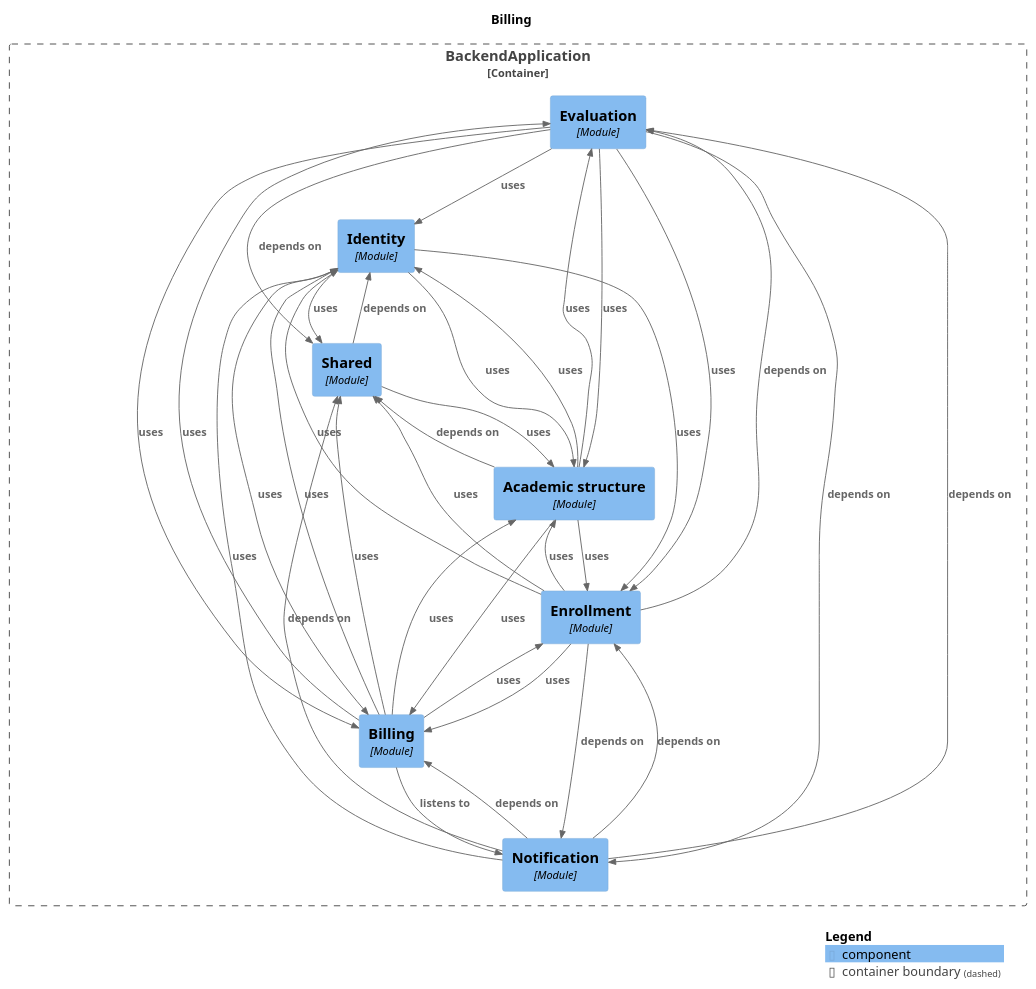
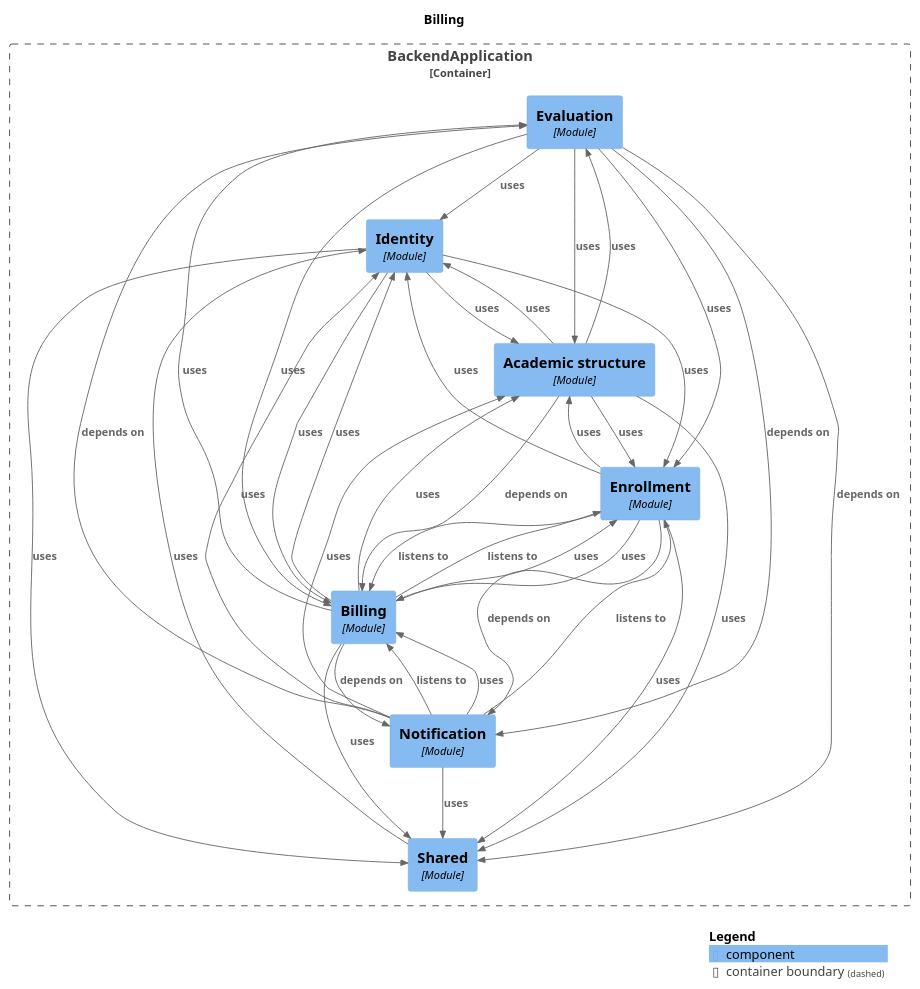
Before and after one commit to Gabriel030/agustina-bermejo-app: the diagram in docs/architecture/module-billing.puml, drawn with PlantUML. The commit also changed 21 other files, not shown here.

Commit message:
docs(architecture): regenera diagramas Modulith (M3a, billing v2) y corrige comando en README

```diff
--- a/docs/architecture/module-billing.puml
+++ b/docs/architecture/module-billing.puml
@@ -1,57 +1,59 @@
 @startuml
 set separator none
 title Billing
 
 top to bottom direction
 
 !include <C4/C4>
 !include <C4/C4_Context>
 !include <C4/C4_Component>
 
 Container_Boundary("BackendApplication.BackendApplication_boundary", "BackendApplication", $tags="") {
   Component(BackendApplication.BackendApplication.Evaluation, "Evaluation", $techn="Module", $descr="", $tags="", $link="")
   Component(BackendApplication.BackendApplication.Identity, "Identity", $techn="Module", $descr="", $tags="", $link="")
   Component(BackendApplication.BackendApplication.Notification, "Notification", $techn="Module", $descr="", $tags="", $link="")
   Component(BackendApplication.BackendApplication.Shared, "Shared", $techn="Module", $descr="", $tags="", $link="")
   Component(BackendApplication.BackendApplication.Academicstructure, "Academic structure", $techn="Module", $descr="", $tags="", $link="")
   Component(BackendApplication.BackendApplication.Billing, "Billing", $techn="Module", $descr="", $tags="", $link="")
   Component(BackendApplication.BackendApplication.Enrollment, "Enrollment", $techn="Module", $descr="", $tags="", $link="")
 }
 
-Rel(BackendApplication.BackendApplication.Academicstructure, BackendApplication.BackendApplication.Billing, "uses", $techn="", $tags="", $link="")
+Rel(BackendApplication.BackendApplication.Academicstructure, BackendApplication.BackendApplication.Billing, "depends on", $techn="", $tags="", $link="")
 Rel(BackendApplication.BackendApplication.Academicstructure, BackendApplication.BackendApplication.Enrollment, "uses", $techn="", $tags="", $link="")
 Rel(BackendApplication.BackendApplication.Academicstructure, BackendApplication.BackendApplication.Evaluation, "uses", $techn="", $tags="", $link="")
 Rel(BackendApplication.BackendApplication.Academicstructure, BackendApplication.BackendApplication.Identity, "uses", $techn="", $tags="", $link="")
-Rel(BackendApplication.BackendApplication.Academicstructure, BackendApplication.BackendApplication.Shared, "depends on", $techn="", $tags="", $link="")
+Rel(BackendApplication.BackendApplication.Academicstructure, BackendApplication.BackendApplication.Shared, "uses", $techn="", $tags="", $link="")
 Rel(BackendApplication.BackendApplication.Billing, BackendApplication.BackendApplication.Academicstructure, "uses", $techn="", $tags="", $link="")
+Rel(BackendApplication.BackendApplication.Billing, BackendApplication.BackendApplication.Enrollment, "listens to", $techn="", $tags="", $link="")
 Rel(BackendApplication.BackendApplication.Billing, BackendApplication.BackendApplication.Enrollment, "uses", $techn="", $tags="", $link="")
 Rel(BackendApplication.BackendApplication.Billing, BackendApplication.BackendApplication.Evaluation, "uses", $techn="", $tags="", $link="")
 Rel(BackendApplication.BackendApplication.Billing, BackendApplication.BackendApplication.Identity, "uses", $techn="", $tags="", $link="")
-Rel(BackendApplication.BackendApplication.Billing, BackendApplication.BackendApplication.Notification, "listens to", $techn="", $tags="", $link="")
+Rel(BackendApplication.BackendApplication.Billing, BackendApplication.BackendApplication.Notification, "depends on", $techn="", $tags="", $link="")
 Rel(BackendApplication.BackendApplication.Billing, BackendApplication.BackendApplication.Shared, "uses", $techn="", $tags="", $link="")
 Rel(BackendApplication.BackendApplication.Enrollment, BackendApplication.BackendApplication.Academicstructure, "uses", $techn="", $tags="", $link="")
+Rel(BackendApplication.BackendApplication.Enrollment, BackendApplication.BackendApplication.Billing, "listens to", $techn="", $tags="", $link="")
 Rel(BackendApplication.BackendApplication.Enrollment, BackendApplication.BackendApplication.Billing, "uses", $techn="", $tags="", $link="")
-Rel(BackendApplication.BackendApplication.Enrollment, BackendApplication.BackendApplication.Evaluation, "depends on", $techn="", $tags="", $link="")
 Rel(BackendApplication.BackendApplication.Enrollment, BackendApplication.BackendApplication.Identity, "uses", $techn="", $tags="", $link="")
 Rel(BackendApplication.BackendApplication.Enrollment, BackendApplication.BackendApplication.Notification, "depends on", $techn="", $tags="", $link="")
 Rel(BackendApplication.BackendApplication.Enrollment, BackendApplication.BackendApplication.Shared, "uses", $techn="", $tags="", $link="")
 Rel(BackendApplication.BackendApplication.Evaluation, BackendApplication.BackendApplication.Academicstructure, "uses", $techn="", $tags="", $link="")
 Rel(BackendApplication.BackendApplication.Evaluation, BackendApplication.BackendApplication.Billing, "uses", $techn="", $tags="", $link="")
 Rel(BackendApplication.BackendApplication.Evaluation, BackendApplication.BackendApplication.Enrollment, "uses", $techn="", $tags="", $link="")
 Rel(BackendApplication.BackendApplication.Evaluation, BackendApplication.BackendApplication.Identity, "uses", $techn="", $tags="", $link="")
 Rel(BackendApplication.BackendApplication.Evaluation, BackendApplication.BackendApplication.Notification, "depends on", $techn="", $tags="", $link="")
 Rel(BackendApplication.BackendApplication.Evaluation, BackendApplication.BackendApplication.Shared, "depends on", $techn="", $tags="", $link="")
 Rel(BackendApplication.BackendApplication.Identity, BackendApplication.BackendApplication.Academicstructure, "uses", $techn="", $tags="", $link="")
 Rel(BackendApplication.BackendApplication.Identity, BackendApplication.BackendApplication.Billing, "uses", $techn="", $tags="", $link="")
 Rel(BackendApplication.BackendApplication.Identity, BackendApplication.BackendApplication.Enrollment, "uses", $techn="", $tags="", $link="")
 Rel(BackendApplication.BackendApplication.Identity, BackendApplication.BackendApplication.Shared, "uses", $techn="", $tags="", $link="")
-Rel(BackendApplication.BackendApplication.Notification, BackendApplication.BackendApplication.Billing, "depends on", $techn="", $tags="", $link="")
-Rel(BackendApplication.BackendApplication.Notification, BackendApplication.BackendApplication.Enrollment, "depends on", $techn="", $tags="", $link="")
+Rel(BackendApplication.BackendApplication.Notification, BackendApplication.BackendApplication.Academicstructure, "uses", $techn="", $tags="", $link="")
+Rel(BackendApplication.BackendApplication.Notification, BackendApplication.BackendApplication.Billing, "listens to", $techn="", $tags="", $link="")
+Rel(BackendApplication.BackendApplication.Notification, BackendApplication.BackendApplication.Billing, "uses", $techn="", $tags="", $link="")
+Rel(BackendApplication.BackendApplication.Notification, BackendApplication.BackendApplication.Enrollment, "listens to", $techn="", $tags="", $link="")
 Rel(BackendApplication.BackendApplication.Notification, BackendApplication.BackendApplication.Evaluation, "depends on", $techn="", $tags="", $link="")
 Rel(BackendApplication.BackendApplication.Notification, BackendApplication.BackendApplication.Identity, "uses", $techn="", $tags="", $link="")
-Rel(BackendApplication.BackendApplication.Notification, BackendApplication.BackendApplication.Shared, "depends on", $techn="", $tags="", $link="")
-Rel(BackendApplication.BackendApplication.Shared, BackendApplication.BackendApplication.Academicstructure, "uses", $techn="", $tags="", $link="")
-Rel(BackendApplication.BackendApplication.Shared, BackendApplication.BackendApplication.Identity, "depends on", $techn="", $tags="", $link="")
+Rel(BackendApplication.BackendApplication.Notification, BackendApplication.BackendApplication.Shared, "uses", $techn="", $tags="", $link="")
+Rel(BackendApplication.BackendApplication.Shared, BackendApplication.BackendApplication.Identity, "uses", $techn="", $tags="", $link="")
 
 SHOW_LEGEND(true)
 @enduml
```
